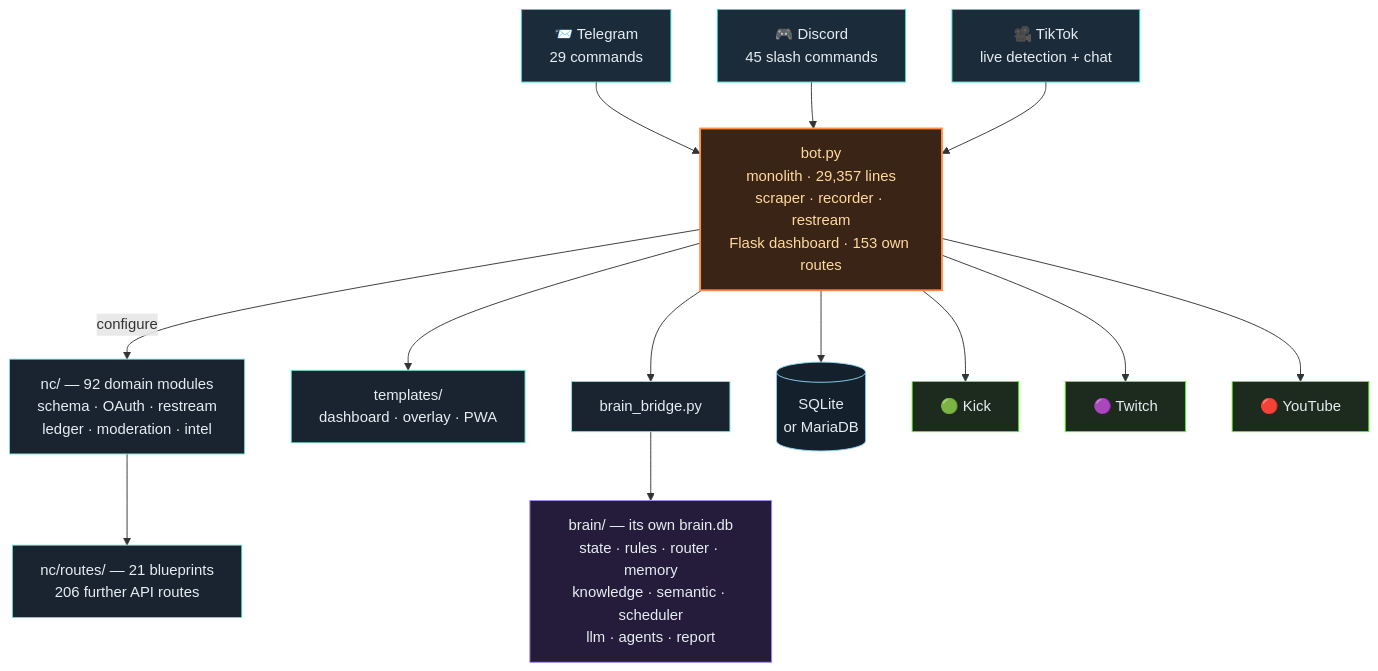
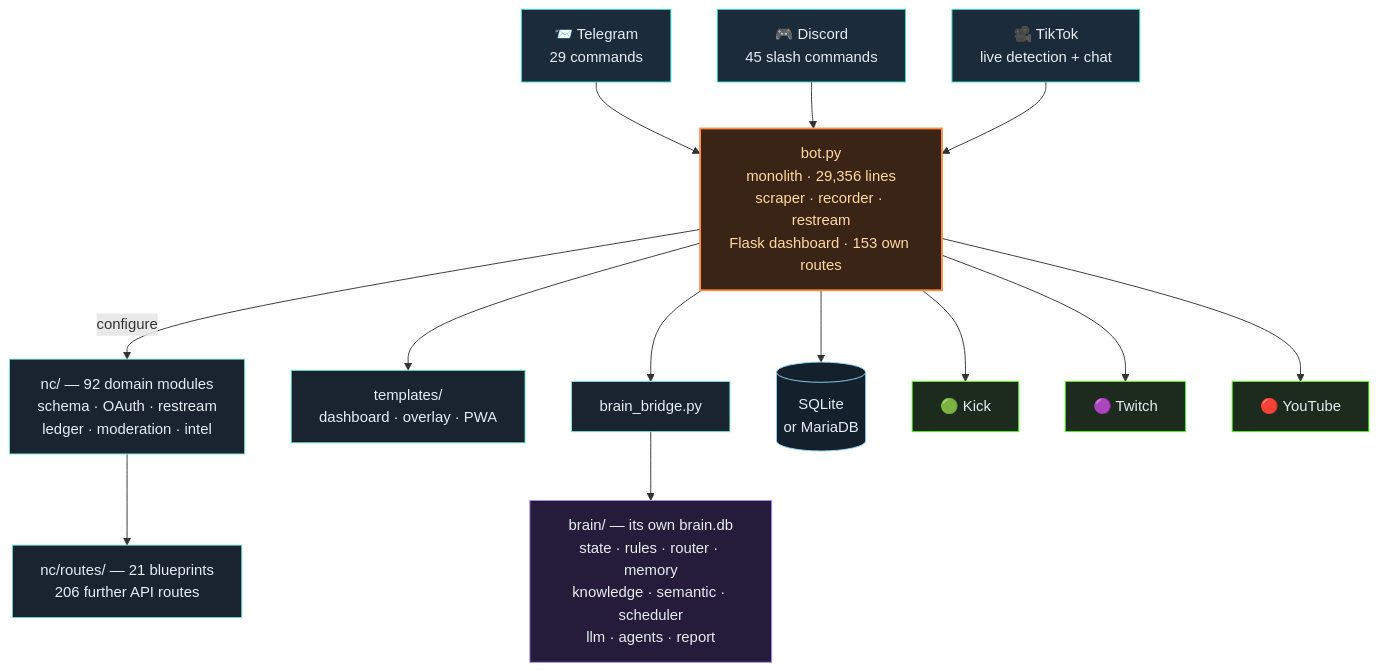
One commit to itsamemedev/Telegram-Stream-Info-Bot changed the third of 4 diagrams in README.en.md. Above: the diagram before and after it, drawn with Mermaid. The commit also changed other lines of this file and 7 other files, not shown here.

````diff
--- a/README.en.md
+++ b/README.en.md
@@ -190,30 +190,30 @@
 ```mermaid
 flowchart TB
     TG["📨 Telegram<br/>29 commands"]:::ein
     DC["🎮 Discord<br/>45 slash commands"]:::ein
     TT["🎥 TikTok<br/>live detection + chat"]:::ein
 
     TG --> BOT
     DC --> BOT
     TT --> BOT
 
-    BOT["bot.py<br/>monolith · 29,357 lines<br/>scraper · recorder · restream<br/>Flask dashboard · 153 own routes"]:::core
+    BOT["bot.py<br/>monolith · 29,356 lines<br/>scraper · recorder · restream<br/>Flask dashboard · 153 own routes"]:::core
 
     BOT -->|configure| NC["nc/ — 92 domain modules<br/>schema · OAuth · restream<br/>ledger · moderation · intel"]:::lib
     NC --> RT["nc/routes/ — 21 blueprints<br/>206 further API routes"]:::lib
     BOT --> TPL["templates/<br/>dashboard · overlay · PWA"]:::lib
     BOT --> BR["brain_bridge.py"]:::lib
     BR --> BRAIN["brain/ — its own brain.db<br/>state · rules · router · memory<br/>knowledge · semantic · scheduler<br/>llm · agents · report"]:::brain
     BOT --> DB[("SQLite<br/>or MariaDB")]:::db
 
     BOT --> KICK["🟢 Kick"]:::out
     BOT --> TW["🟣 Twitch"]:::out
     BOT --> YT["🔴 YouTube"]:::out
 
     classDef ein fill:#1c2b3a,stroke:#2de1c2,color:#e6edf3
     classDef core fill:#3a2415,stroke:#ff8c42,stroke-width:2px,color:#ffd9a0
     classDef lib fill:#1a2430,stroke:#7fe7d4,color:#e6edf3
     classDef brain fill:#241c3a,stroke:#a78bfa,color:#e6edf3
     classDef db fill:#14202c,stroke:#8fd3f4,color:#e6edf3
     classDef out fill:#1c2b1e,stroke:#53fc18,color:#e6edf3
 ```
````
